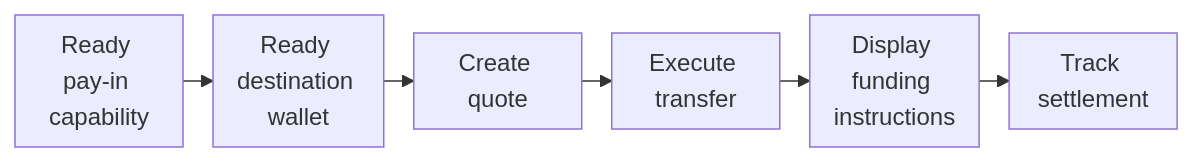
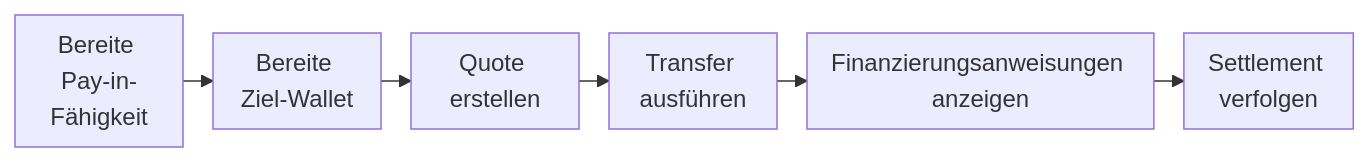
One commit to swipelux/public-docs changed the diagram in de/integration/receive-funds.mdx. Above: the diagram before and after it, drawn with Mermaid. The commit also changed other lines of this file and 285 other files, not shown here.

````diff
--- a/de/integration/receive-funds.mdx
+++ b/de/integration/receive-funds.mdx
@@ -8,9 +8,9 @@
 ```mermaid
 %%{init: {"flowchart": {"rankSpacing": 20, "nodeSpacing": 16, "wrappingWidth": 80, "padding": 8}}}%%
 flowchart LR
-  A["Ready pay-in capability"] --> B["Ready destination wallet"]
-  B --> C["Create quote"]
-  C --> D["Execute transfer"]
-  D --> E["Display funding instructions"]
-  E --> F["Track settlement"]
+  A["Bereite Pay-in-Fähigkeit"] --> B["Bereite Ziel-Wallet"]
+  B --> C["Quote erstellen"]
+  C --> D["Transfer ausführen"]
+  D --> E["Finanzierungsanweisungen anzeigen"]
+  E --> F["Settlement verfolgen"]
 ```
````
